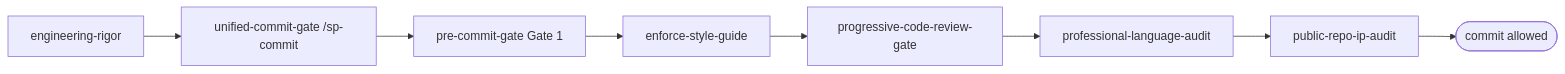
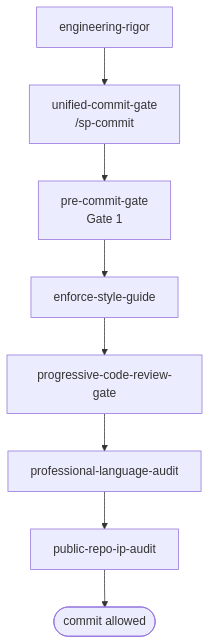
Before and after one commit to bordenet/superpowers-plus: the third of 7 diagrams in docs/SKILL_TAXONOMY.md, drawn with Mermaid. The commit also changed other lines of this file and 3 other files, not shown here.

First line of the commit message:
docs: add DESIGN.md and fix mermaid diagrams across docs (#675)

````diff
--- a/docs/SKILL_TAXONOMY.md
+++ b/docs/SKILL_TAXONOMY.md
@@ -140,13 +142,13 @@
 ```mermaid
-flowchart LR
+flowchart TD
     ER[engineering-rigor]
-    UCG[unified-commit-gate /sp-commit]
-    PCG[pre-commit-gate Gate 1]
+    UCG[unified-commit-gate<br/>/sp-commit]
+    PCG[pre-commit-gate<br/>Gate 1]
     ESG[enforce-style-guide]
     PCRG[progressive-code-review-gate]
     PLA[professional-language-audit]
     PRIA[public-repo-ip-audit]
     DONE([commit allowed])
 
     ER --> UCG --> PCG --> ESG --> PCRG --> PLA --> PRIA --> DONE
 ```
````
